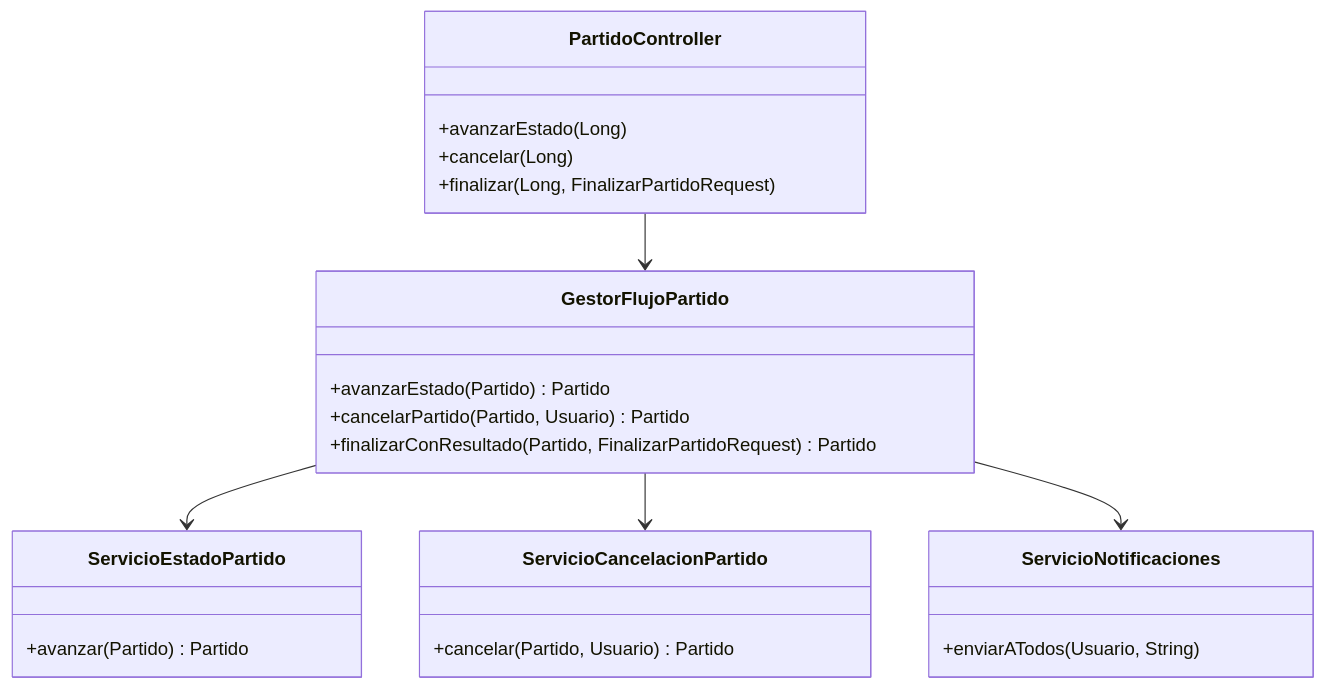
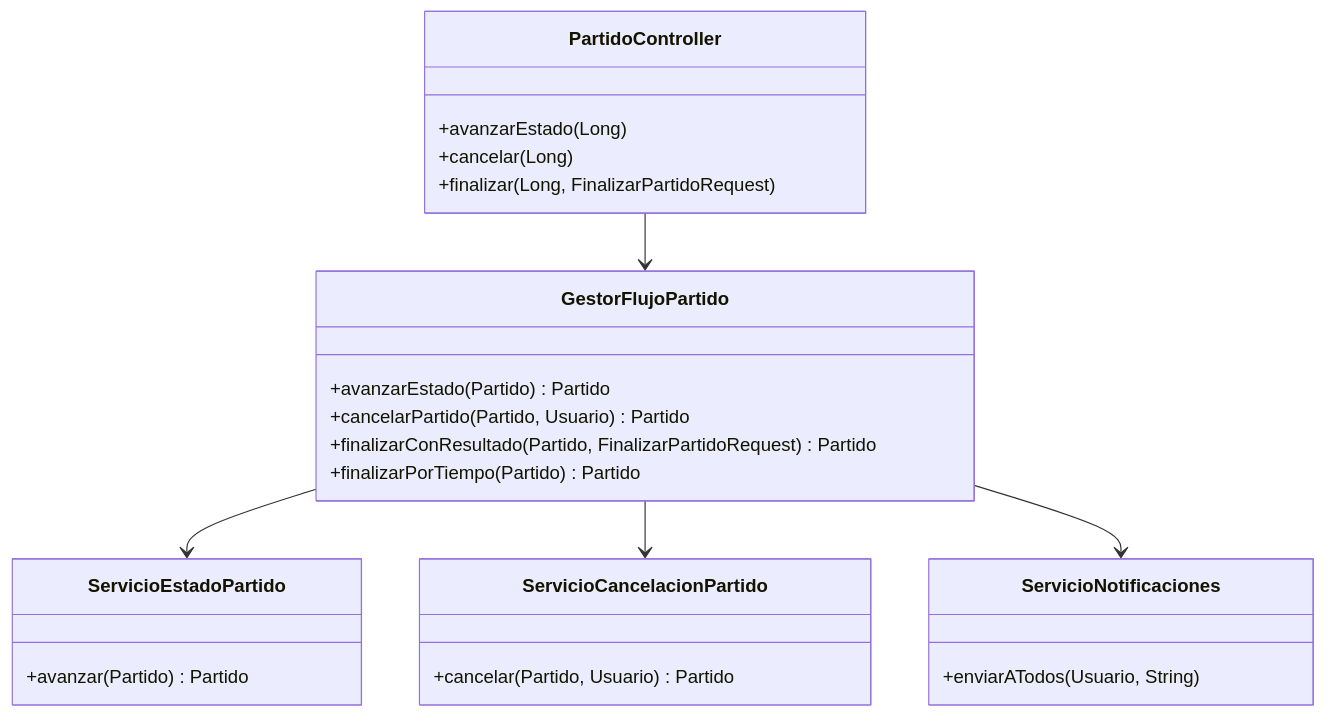
The fifth of 6 diagrams in PATTERNS.md (Tobias024/TPG5-ADOO), drawn with Mermaid before and after one commit. The commit also changed other lines of this file and 14 other files, not shown here.

````diff
--- a/PATTERNS.md
+++ b/PATTERNS.md
@@ -380,27 +380,28 @@
 ```mermaid
 classDiagram
     class GestorFlujoPartido {
         +avanzarEstado(Partido) Partido
         +cancelarPartido(Partido, Usuario) Partido
         +finalizarConResultado(Partido, FinalizarPartidoRequest) Partido
+        +finalizarPorTiempo(Partido) Partido
     }
     class ServicioEstadoPartido {
         +avanzar(Partido) Partido
     }
     class ServicioCancelacionPartido {
         +cancelar(Partido, Usuario) Partido
     }
     class ServicioNotificaciones {
         +enviarATodos(Usuario, String)
     }
     class PartidoController {
         +avanzarEstado(Long)
         +cancelar(Long)
         +finalizar(Long, FinalizarPartidoRequest)
     }
 
     PartidoController --> GestorFlujoPartido
     GestorFlujoPartido --> ServicioEstadoPartido
     GestorFlujoPartido --> ServicioCancelacionPartido
     GestorFlujoPartido --> ServicioNotificaciones
 ```
````
